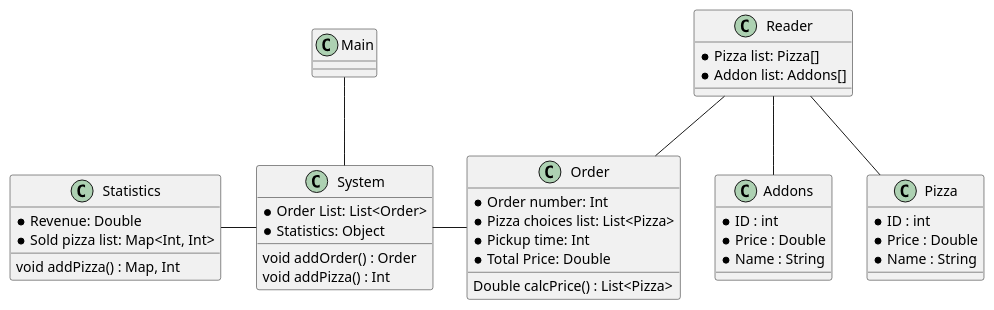
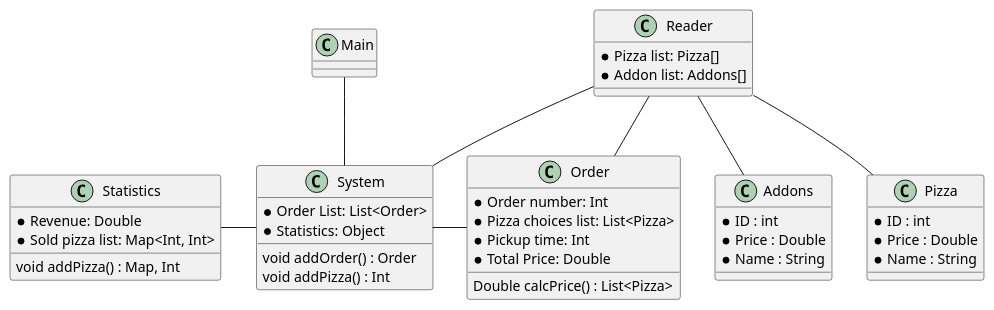
One commit to Kvark96/SP3_Mario changed the diagram in .idea/UML/Class diagram.puml. Above: the diagram before and after it, drawn with PlantUML. The commit also changed 1 other file, not shown here.

```diff
--- a/.idea/UML/Class diagram.puml
+++ b/.idea/UML/Class diagram.puml
@@ -1,51 +1,52 @@
 @startuml
 
 Class Reader{
     *Pizza list: Pizza[]
     * Addon list: Addons[]
 
 }
 
 Class Main {
 }
 
 Class Addons{
     *ID : int
     *Price : Double
     *Name : String
 }
 
 Class Pizza{
     *ID : int
     *Price : Double
     *Name : String
 }
 
 Class Order{
     *Order number: Int
     *Pizza choices list: List<Pizza>
     *Pickup time: Int
     *Total Price: Double
     Double calcPrice() : List<Pizza>
 }
 
 Class System{
     * Order List: List<Order>
     * Statistics: Object
     void addOrder() : Order
     void addPizza() : Int
 }
 Class Statistics{
     * Revenue: Double
     * Sold pizza list: Map<Int, Int>
     void addPizza() : Map, Int
 }
 
 Reader -- Order
+Reader -- System
 Order -left- System
 System -left- Statistics
 Main -- System
 Reader -- Pizza
 Reader -- Addons
 
 @enduml
```
